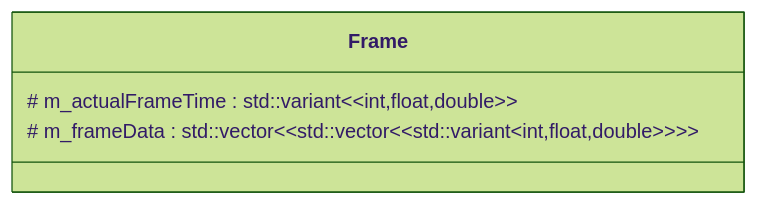
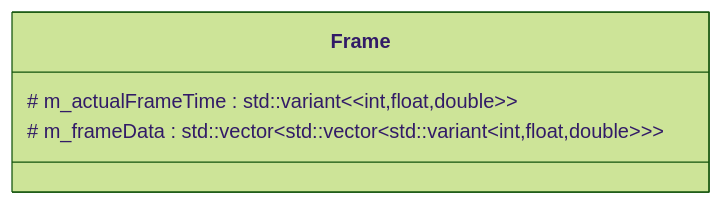
Before and after one commit to NCCA/ase-assignment-jmacey-1: the diagram in Design.md, drawn with Mermaid (forest theme).

Commit message:
updated Design

````diff
--- a/Design.md
+++ b/Design.md
@@ -25,8 +25,8 @@
 ```mermaid
 classDiagram
 
     class Frame{
             # m_actualFrameTime : std::variant&lt;&lt;int,float,double&gt;&gt;
-            # m_frameData : std::vector&lt;&ltstd::vector&lt;&lt;std::variant&lt;int,float,double&gt;&gt;&gt;&gt;
+            # m_frameData : std::vector&ltstd::vector&lt;std::variant&lt;int,float,double&gt;&gt;&gt;
         }
 ```
````
